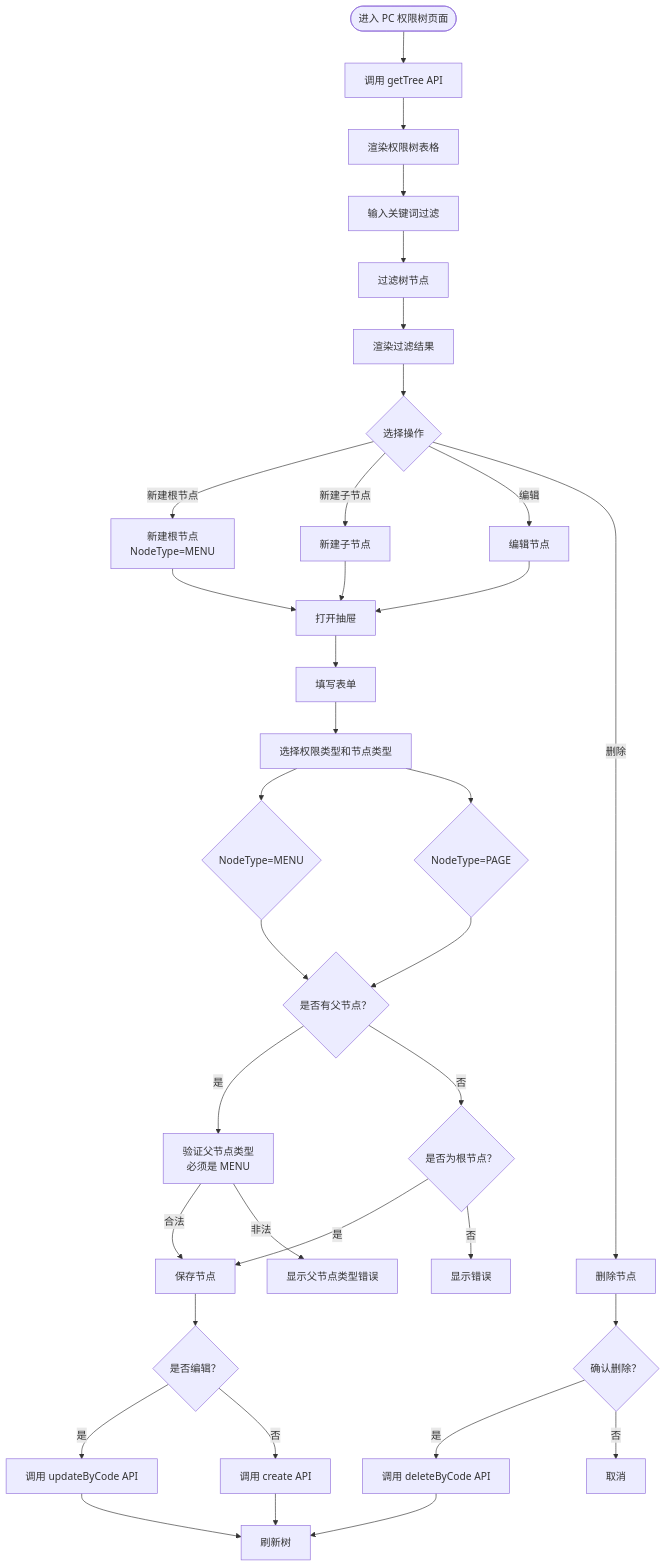
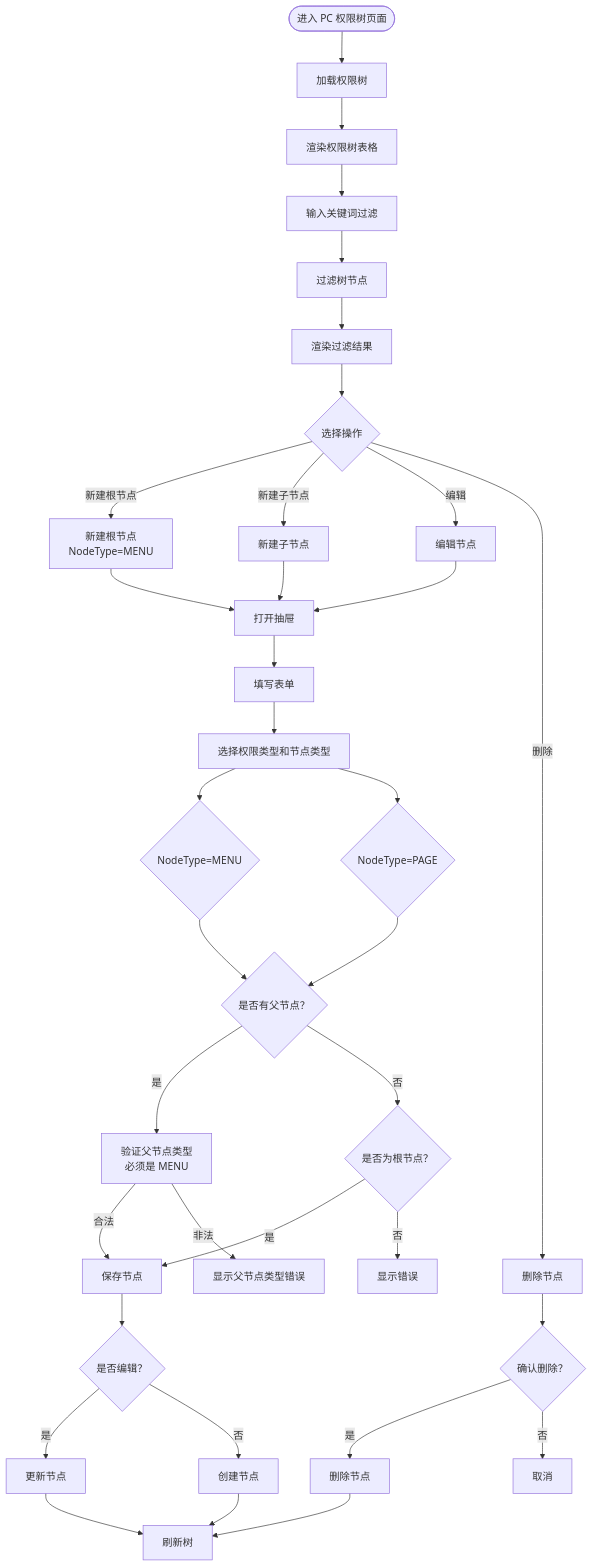
Before and after one commit to huyumo/moyan-mfw: the first of 2 diagrams in docs/permission-management.md, drawn with Mermaid. The commit also changed other lines of this file and 10 other files, not shown here.

````diff
--- a/docs/permission-management.md
+++ b/docs/permission-management.md
@@ -26,47 +23,47 @@
 ```mermaid
 flowchart TD
-    Start([进入 PC 权限树页面]) --> LoadTree[调用 getTree API]
+    Start([进入 PC 权限树页面]) --> LoadTree[加载权限树]
     LoadTree --> RenderTree[渲染权限树表格]
 
     RenderTree --> Search[输入关键词过滤]
     Search --> FilterTree[过滤树节点]
     FilterTree --> RenderFiltered[渲染过滤结果]
 
     RenderFiltered --> Action{选择操作}
     Action -->|新建根节点 | CreateRoot[新建根节点<br/>NodeType=MENU]
     Action -->|新建子节点 | CreateChild[新建子节点]
     Action -->|编辑 | EditNode[编辑节点]
     Action -->|删除 | DeleteNode[删除节点]
 
     CreateRoot --> OpenDrawer[打开抽屉]
     CreateChild --> OpenDrawer
     EditNode --> OpenDrawer
 
     OpenDrawer --> FillForm[填写表单]
     FillForm --> SelectType[选择权限类型和节点类型]
     SelectType --> Menu{NodeType=MENU}
     SelectType --> Page{NodeType=PAGE}
 
     Menu --> ParentCheck{是否有父节点？}
     Page --> ParentCheck
 
     ParentCheck -->|是 | ValidateParent[验证父节点类型<br/>必须是 MENU]
     ValidateParent -->|合法 | SaveNode[保存节点]
     ValidateParent -->|非法 | ShowParentError[显示父节点类型错误]
 
     ParentCheck -->|否 | RootCheck{是否为根节点？}
     RootCheck -->|是 | SaveNode
     RootCheck -->|否 | ShowError[显示错误]
 
     SaveNode --> IsEdit{是否编辑？}
-    IsEdit -->|是 | UpdateAPI[调用 updateByCode API]
-    IsEdit -->|否 | CreateAPI[调用 create API]
+    IsEdit -->|是 | UpdateNode[更新节点]
+    IsEdit -->|否 | CreateNode[创建节点]
 
-    UpdateAPI --> RefreshTree[刷新树]
-    CreateAPI --> RefreshTree
+    UpdateNode --> RefreshTree[刷新树]
+    CreateNode --> RefreshTree
 
     DeleteNode --> Confirm{确认删除？}
-    Confirm -->|是 | DeleteAPI[调用 deleteByCode API]
+    Confirm -->|是 | DeleteNodeConfirm[删除节点]
     Confirm -->|否 | Cancel1[取消]
-    DeleteAPI --> RefreshTree
+    DeleteNodeConfirm --> RefreshTree
 ```
````
